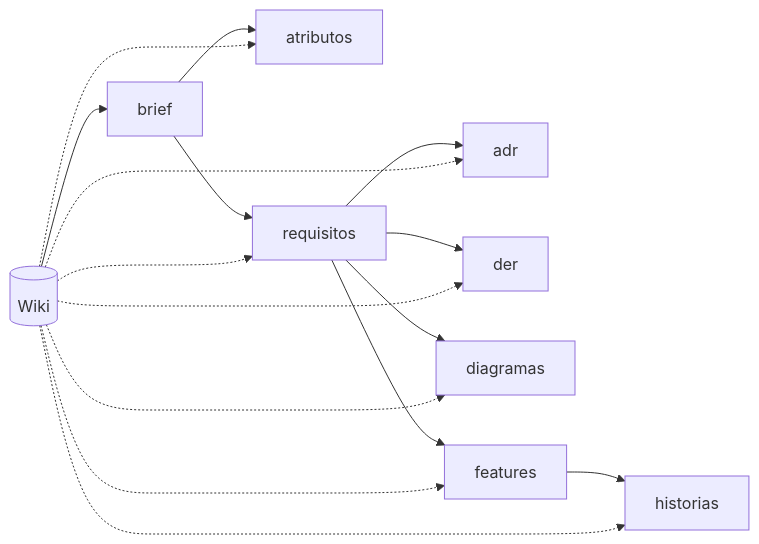
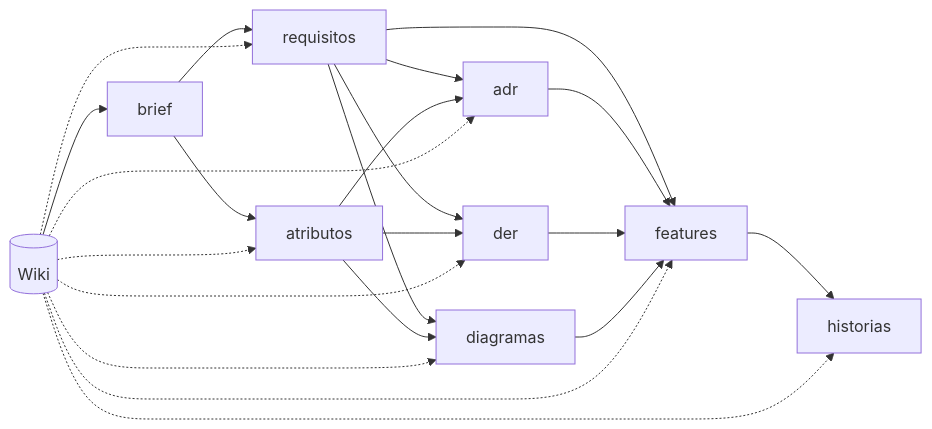
Before and after one commit to yanjustino/proj-poc: the diagram in PLANO-MACRO-MHL-SENPAI.md, drawn with Mermaid. The commit also changed other lines of this file and 9 other files, not shown here.

````diff
--- a/PLANO-MACRO-MHL-SENPAI.md
+++ b/PLANO-MACRO-MHL-SENPAI.md
@@ -292,18 +292,24 @@
 ```mermaid
 flowchart LR
     wiki[("Wiki")] --> brief
     brief --> atributos
     brief --> requisitos
     requisitos --> adr
     requisitos --> der
     requisitos --> diagramas
+    atributos --> adr
+    atributos --> der
+    atributos --> diagramas
     requisitos --> features
+    adr --> features
+    der --> features
+    diagramas --> features
     features --> historias
     wiki -.-> atributos
     wiki -.-> requisitos
     wiki -.-> adr
     wiki -.-> der
     wiki -.-> diagramas
     wiki -.-> features
     wiki -.-> historias
 ```
````
